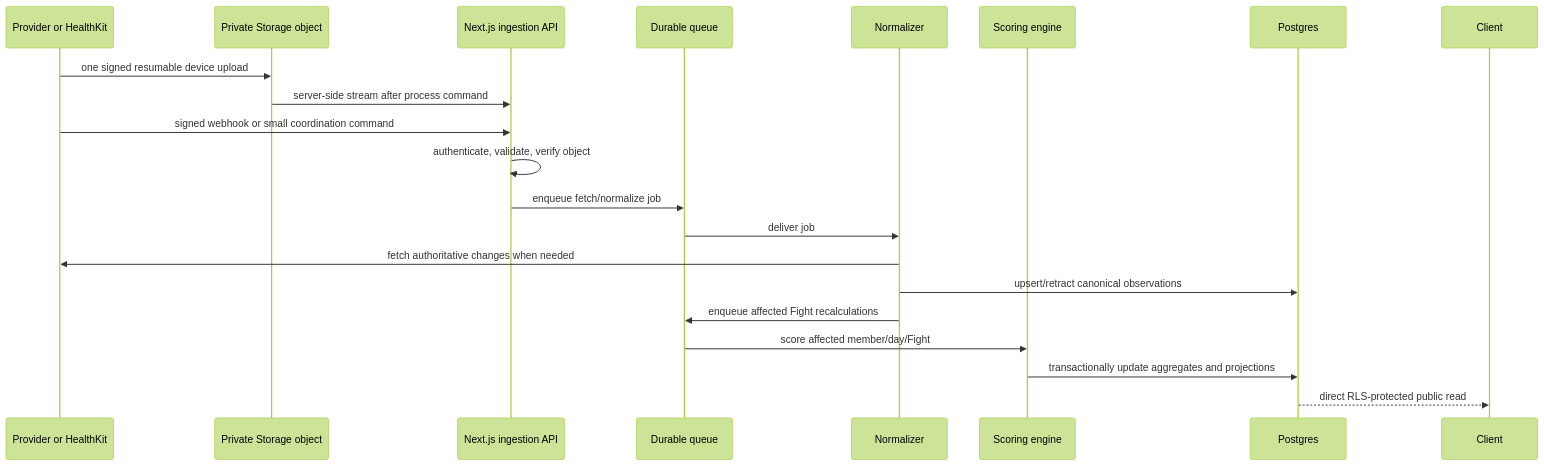
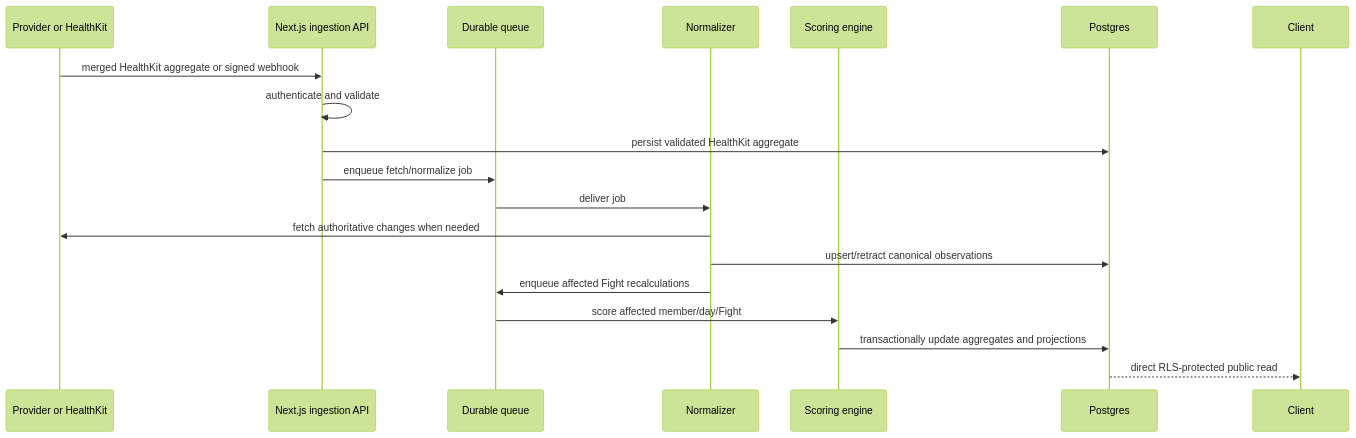
One commit to slooowshutter/FitFight changed the third of 3 diagrams in docs/system-design.md. Above: the diagram before and after it, drawn with Mermaid (forest theme). The commit also changed other lines of this file and 20 other files, not shown here.

Commit message:
Use Apple aggregate totals for HealthKit sync

````diff
--- a/docs/system-design.md
+++ b/docs/system-design.md
@@ -512,24 +507,22 @@
 ```mermaid
 sequenceDiagram
     participant P as Provider or HealthKit
-    participant O as Private Storage object
     participant I as Next.js ingestion API
     participant Q as Durable queue
     participant N as Normalizer
     participant S as Scoring engine
     participant DB as Postgres
     participant C as Client
 
-    P->>O: one signed resumable device upload
-    O->>I: server-side stream after process command
-    P->>I: signed webhook or small coordination command
-    I->>I: authenticate, validate, verify object
+    P->>I: merged HealthKit aggregate or signed webhook
+    I->>I: authenticate and validate
+    I->>DB: persist validated HealthKit aggregate
     I->>Q: enqueue fetch/normalize job
     Q->>N: deliver job
     N->>P: fetch authoritative changes when needed
     N->>DB: upsert/retract canonical observations
     N->>Q: enqueue affected Fight recalculations
     Q->>S: score affected member/day/Fight
     S->>DB: transactionally update aggregates and projections
     DB-->>C: direct RLS-protected public read
 ```
````
